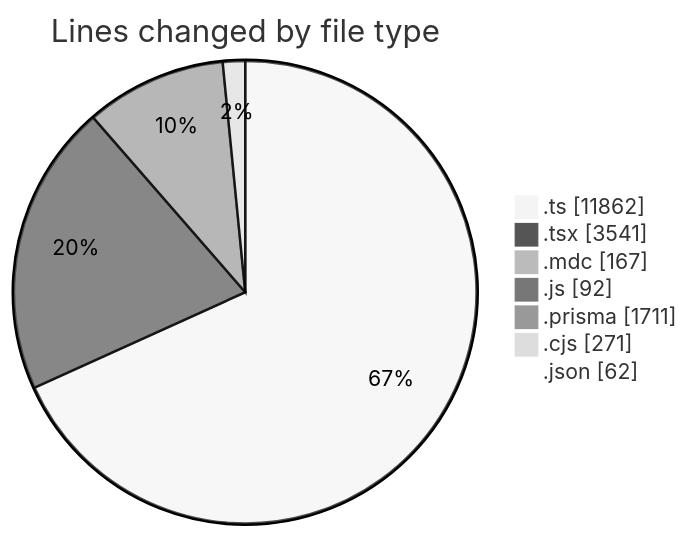
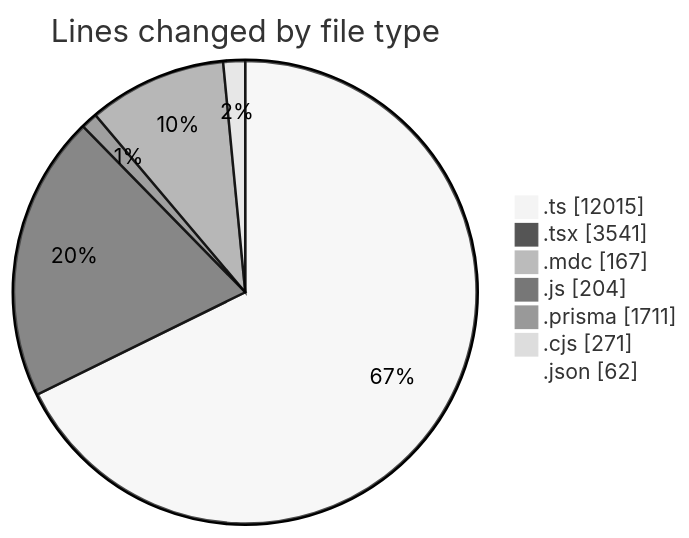
One commit to CELIANVF/code-tracking changed the first of 2 diagrams in 2025-06-06/ecodeli-1/README.md. Above: the diagram before and after it, drawn with Mermaid (neutral theme). The commit also changed other lines of this file and 1 other file, not shown here.

````diff
--- a/2025-06-06/ecodeli-1/README.md
+++ b/2025-06-06/ecodeli-1/README.md
@@ -64,11 +66,11 @@
 ```mermaid
 pie showData
 title Lines changed by file type
-".ts" : 11862
+".ts" : 12015
 ".tsx" : 3541
 ".mdc" : 167
-".js" : 92
+".js" : 204
 ".prisma" : 1711
 ".cjs" : 271
 ".json" : 62
 ```
````
